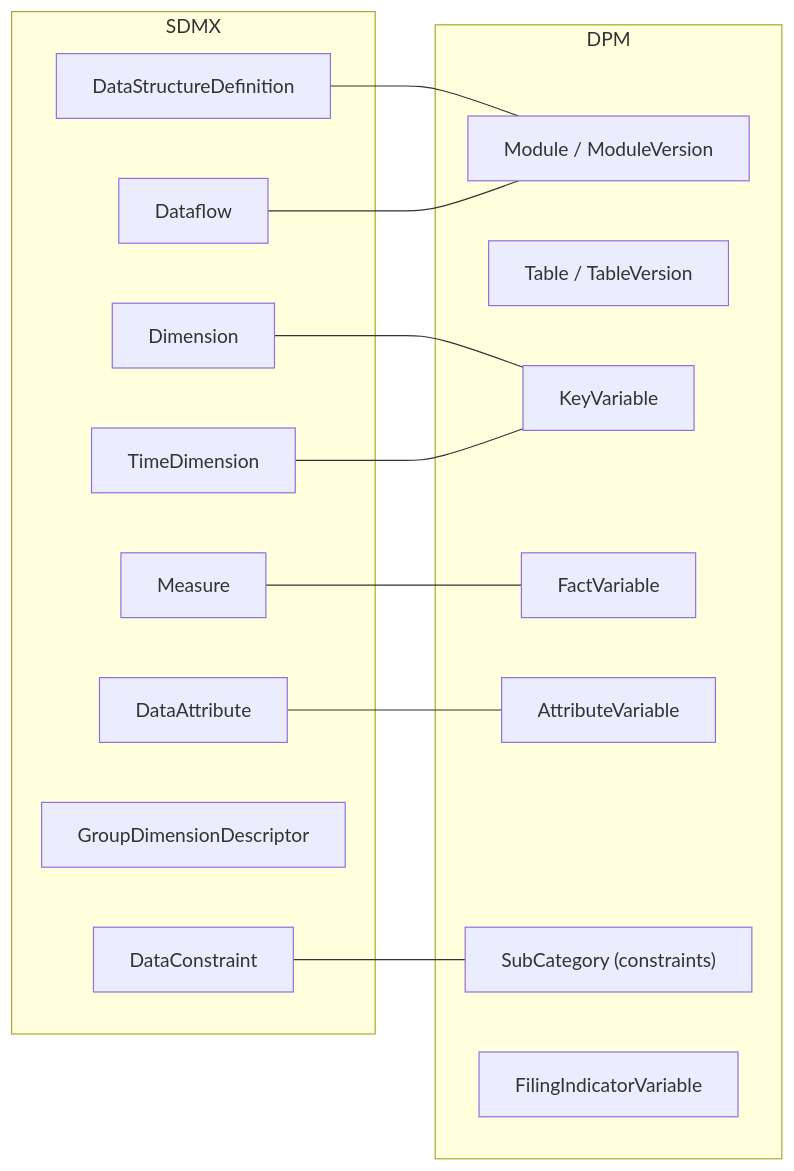
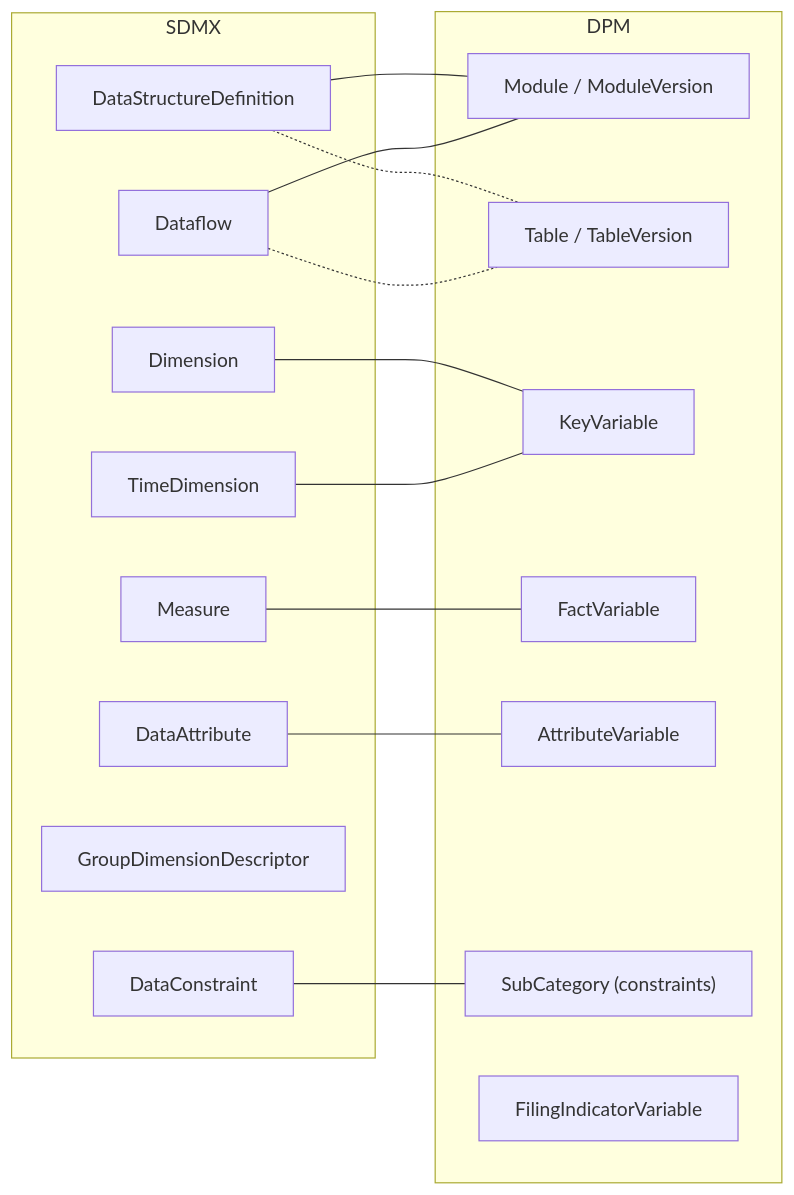
The diagram in docs/models-relationships/02_data_definition/02_high_level_mapping_summary.md (sdmx-twg/wp-sdmx-dpm), drawn with Mermaid before and after one commit. The commit also changed other lines of this file, not shown here.

Commit message:
docs: add DSD+Dataflow → Table links to graphical mapping diagram
Dotted lines from DataStructureDefinition and Dataflow to Table/TableVersion
show the convention-based correspondence (one Dataflow + its DSD ≈ one DPM
Table). Caption updated to explain solid vs dotted line semantics.

Addresses #100

````diff
--- a/docs/models-relationships/02_data_definition/02_high_level_mapping_summary.md
+++ b/docs/models-relationships/02_data_definition/02_high_level_mapping_summary.md
@@ -32,31 +32,33 @@
 ```mermaid
 flowchart LR
   subgraph SDMX
     sDSD["DataStructureDefinition"]
     sDataflow["Dataflow"]
     sDim["Dimension"]
     sTimeDim["TimeDimension"]
     sMeasure["Measure"]
     sAttr["DataAttribute"]
     sGroup["GroupDimensionDescriptor"]
     sConstraint["DataConstraint"]
   end
 
   subgraph DPM
     dModule["Module / ModuleVersion"]
     dTable["Table / TableVersion"]
     dKeyVar["KeyVariable"]
     dFactVar["FactVariable"]
     dAttrVar["AttributeVariable"]
     dSubCat["SubCategory (constraints)"]
     dFiling["FilingIndicatorVariable"]
   end
 
   sDSD --- dModule
   sDataflow --- dModule
+  sDSD -.- dTable
+  sDataflow -.- dTable
   sDim --- dKeyVar
   sTimeDim --- dKeyVar
   sMeasure --- dFactVar
   sAttr --- dAttrVar
   sConstraint --- dSubCat
 ```
````
